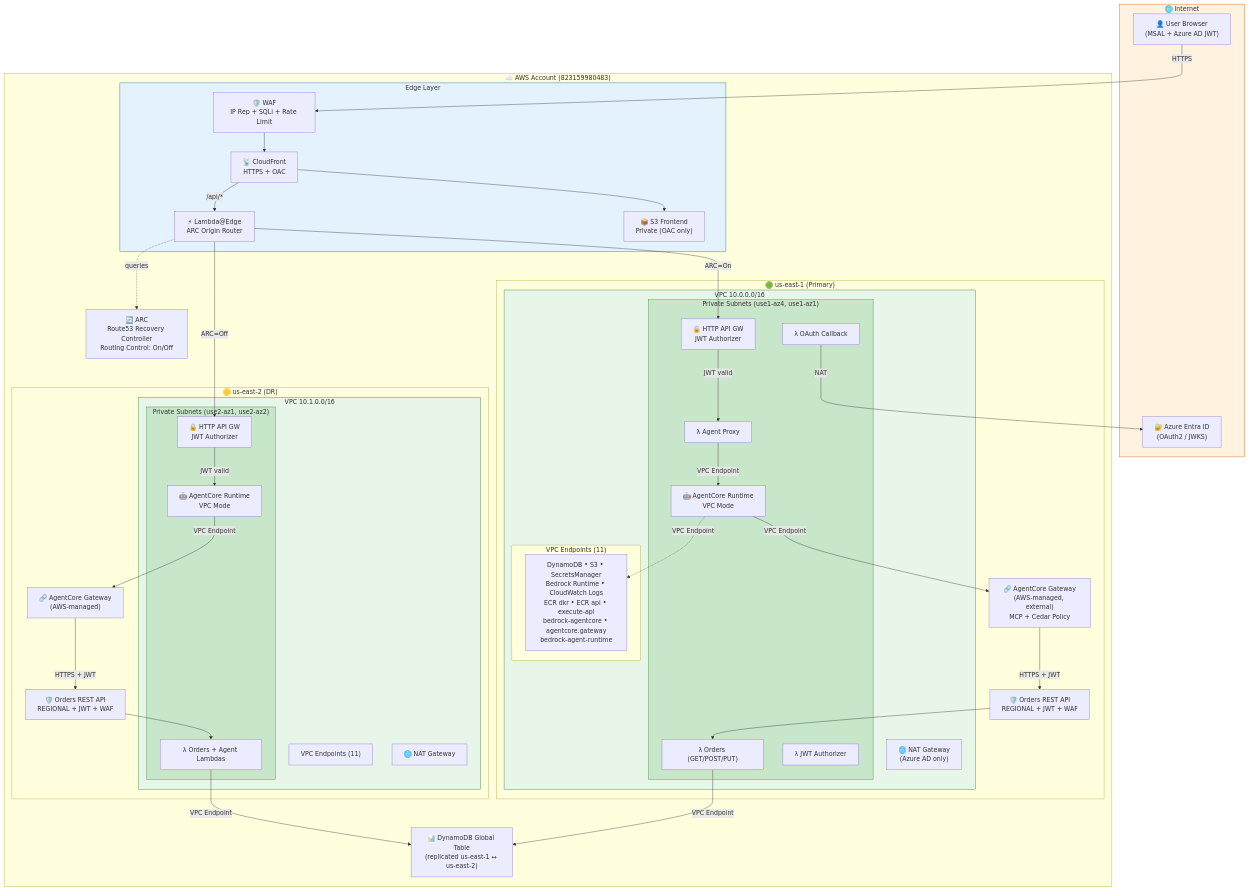
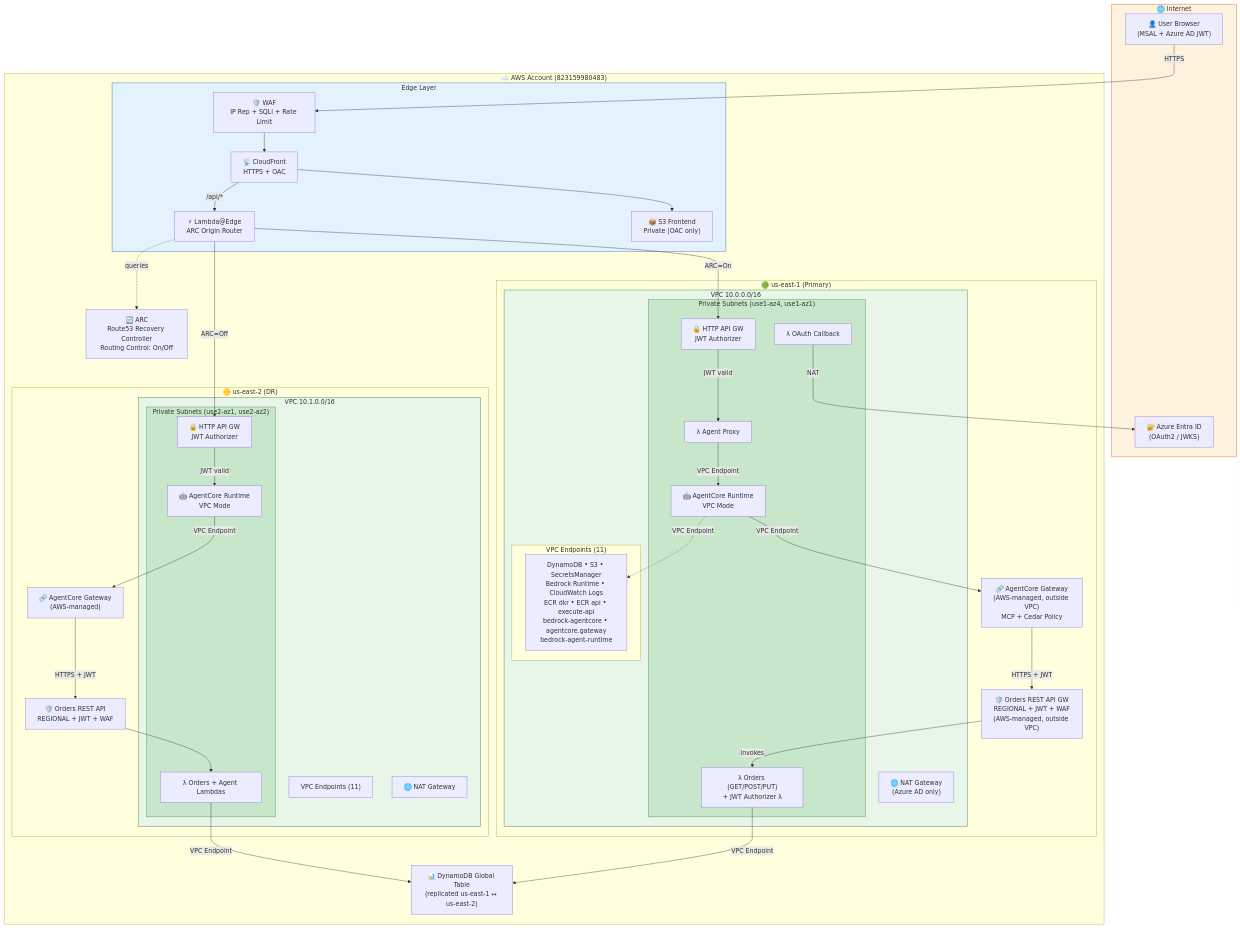
One commit to ajeebpeter/v3-secure-agentcore-app-demo-public changed the diagram in docs/SECURITY_ARCHITECTURE.md. Above: the diagram before and after it, drawn with Mermaid.

Commit message:
fix: clarify Orders API GW is outside VPC, Lambdas are inside

````diff
--- a/docs/SECURITY_ARCHITECTURE.md
+++ b/docs/SECURITY_ARCHITECTURE.md
@@ -9,82 +9,81 @@
 ```mermaid
 flowchart TB
     subgraph Internet["🌐 Internet"]
         User["👤 User Browser<br/>(MSAL + Azure AD JWT)"]
         AzureAD["🔐 Azure Entra ID<br/>(OAuth2 / JWKS)"]
     end
 
     subgraph AWS["☁️ AWS Account (823159980483)"]
         subgraph Edge["Edge Layer"]
             WAF_CF["🛡️ WAF<br/>IP Rep + SQLi + Rate Limit"]
             CF["📡 CloudFront<br/>HTTPS + OAC"]
             S3["📦 S3 Frontend<br/>Private (OAC only)"]
             LambdaEdge["⚡ Lambda@Edge<br/>ARC Origin Router"]
         end
 
         subgraph Primary["🟢 us-east-1 (Primary)"]
             subgraph VPC1["VPC 10.0.0.0/16"]
                 subgraph Private1["Private Subnets (use1-az4, use1-az1)"]
                     APIGW1["🔒 HTTP API GW<br/>JWT Authorizer"]
                     AgentProxy1["λ Agent Proxy"]
                     Runtime1["🤖 AgentCore Runtime<br/>VPC Mode"]
                     OAuthCB1["λ OAuth Callback"]
-                    OrdersLambdas1["λ Orders (GET/POST/PUT)"]
-                    Authorizer1["λ JWT Authorizer"]
+                    OrdersLambdas1["λ Orders (GET/POST/PUT)<br/>+ JWT Authorizer λ"]
                 end
                 subgraph Endpoints1["VPC Endpoints (11)"]
                     EP1["DynamoDB • S3 • SecretsManager<br/>Bedrock Runtime • CloudWatch Logs<br/>ECR dkr • ECR api • execute-api<br/>bedrock-agentcore • agentcore.gateway<br/>bedrock-agent-runtime"]
                 end
                 NAT1["🌐 NAT Gateway<br/>(Azure AD only)"]
             end
-            OrdersAPI1["🛡️ Orders REST API<br/>REGIONAL + JWT + WAF"]
-            Gateway1["🔗 AgentCore Gateway<br/>(AWS-managed, external)<br/>MCP + Cedar Policy"]
+            OrdersAPI1["🛡️ Orders REST API GW<br/>REGIONAL + JWT + WAF<br/>(AWS-managed, outside VPC)"]
+            Gateway1["🔗 AgentCore Gateway<br/>(AWS-managed, outside VPC)<br/>MCP + Cedar Policy"]
         end
 
         subgraph DR["🟡 us-east-2 (DR)"]
             subgraph VPC2["VPC 10.1.0.0/16"]
                 subgraph Private2["Private Subnets (use2-az1, use2-az2)"]
                     APIGW2["🔒 HTTP API GW<br/>JWT Authorizer"]
                     Runtime2["🤖 AgentCore Runtime<br/>VPC Mode"]
                     OrdersLambdas2["λ Orders + Agent Lambdas"]
                 end
                 Endpoints2["VPC Endpoints (11)"]
                 NAT2["🌐 NAT Gateway"]
             end
             OrdersAPI2["🛡️ Orders REST API<br/>REGIONAL + JWT + WAF"]
             Gateway2["🔗 AgentCore Gateway<br/>(AWS-managed)"]
         end
 
         ARC["🔄 ARC<br/>Route53 Recovery Controller<br/>Routing Control: On/Off"]
         DDB["📊 DynamoDB Global Table<br/>(replicated us-east-1 ↔ us-east-2)"]
     end
 
     User -->|HTTPS| WAF_CF
     WAF_CF --> CF
     CF --> S3
     CF -->|/api/*| LambdaEdge
     LambdaEdge -->|"ARC=On"| APIGW1
     LambdaEdge -->|"ARC=Off"| APIGW2
     LambdaEdge -.->|queries| ARC
 
     APIGW1 -->|JWT valid| AgentProxy1
     AgentProxy1 -->|VPC Endpoint| Runtime1
     Runtime1 -->|VPC Endpoint| Gateway1
     Gateway1 -->|HTTPS + JWT| OrdersAPI1
-    OrdersAPI1 --> OrdersLambdas1
+    OrdersAPI1 -->|invokes| OrdersLambdas1
     OrdersLambdas1 -->|VPC Endpoint| DDB
     OAuthCB1 -->|NAT| AzureAD
     Runtime1 -.->|VPC Endpoint| EP1
 
     APIGW2 -->|JWT valid| Runtime2
     Runtime2 -->|VPC Endpoint| Gateway2
     Gateway2 -->|HTTPS + JWT| OrdersAPI2
     OrdersAPI2 --> OrdersLambdas2
     OrdersLambdas2 -->|VPC Endpoint| DDB
 
     style VPC1 fill:#e8f5e9,stroke:#2e7d32
     style VPC2 fill:#e8f5e9,stroke:#2e7d32
     style Private1 fill:#c8e6c9,stroke:#388e3c
     style Private2 fill:#c8e6c9,stroke:#388e3c
     style Edge fill:#e3f2fd,stroke:#1565c0
     style Internet fill:#fff3e0,stroke:#e65100
 ```
````
